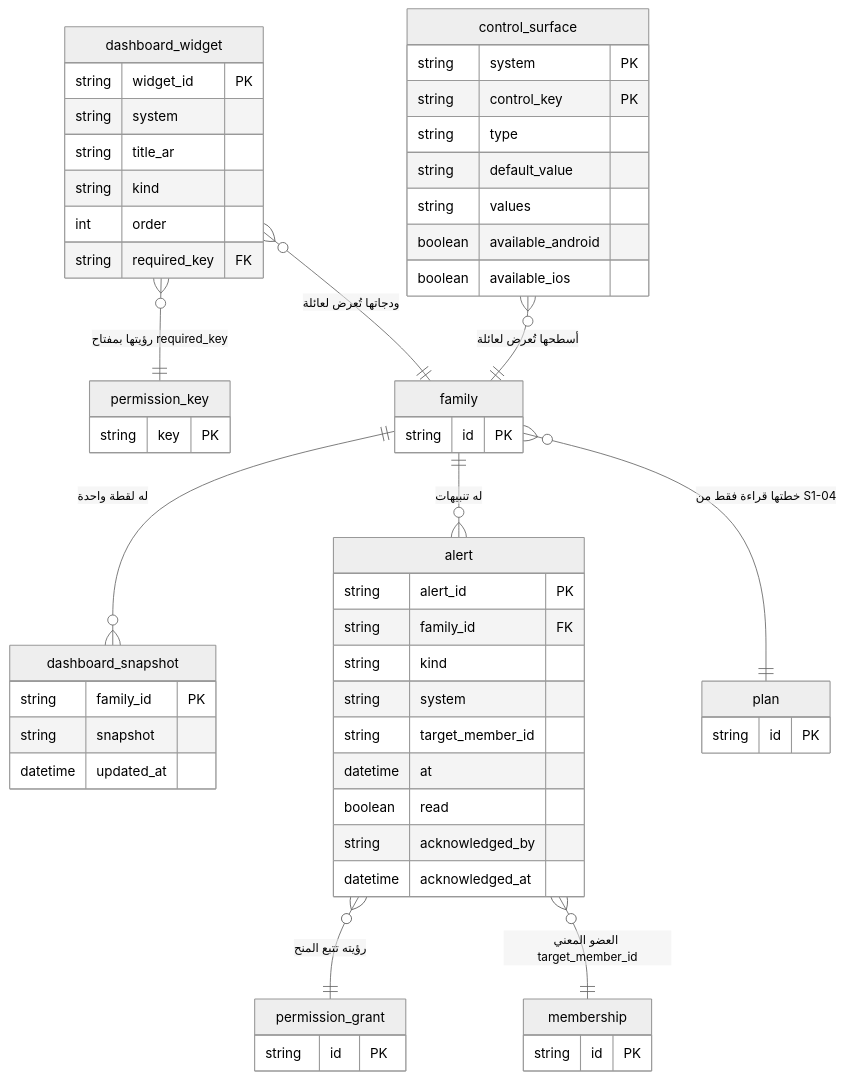
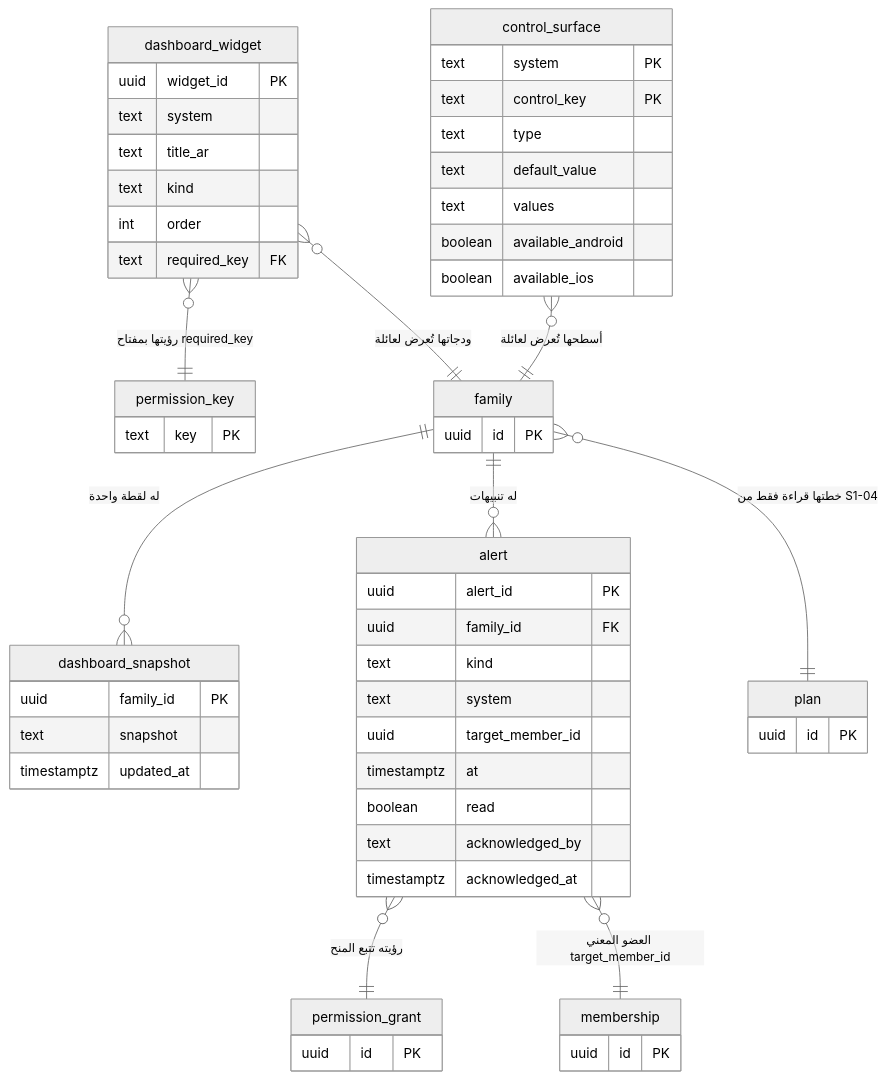
The second of 12 diagrams in docs/family-os/governance/phases/phase-1/S1-09-command-center-and-settings/DIAGRAMS.md (Bassam-mohammed-alqaeadi/family-os-v2), drawn with Mermaid (neutral theme) before and after one commit. The commit also changed 11 other files, not shown here.

Commit message:
Q-177: توحيد أنواع ERD (uuid/text/timestamptz) + ownership_transfer في ERD المعمارية

````diff
--- a/docs/family-os/governance/phases/phase-1/S1-09-command-center-and-settings/DIAGRAMS.md
+++ b/docs/family-os/governance/phases/phase-1/S1-09-command-center-and-settings/DIAGRAMS.md
@@ -99,60 +99,60 @@
 ```mermaid
 erDiagram
     family ||--o{ dashboard_snapshot : "له لقطة واحدة"
     family ||--o{ alert : "له تنبيهات"
     dashboard_widget }o--|| permission_key : "رؤيتها بمفتاح required_key"
     dashboard_widget }o--|| family : "ودجاتها تُعرض لعائلة"
     control_surface }o--|| family : "أسطحها تُعرض لعائلة"
     alert }o--|| permission_grant : "رؤيته تتبع المنح"
     alert }o--|| membership : "العضو المعني target_member_id"
     family }o--|| plan : "خطتها قراءة فقط من S1-04"
 
     dashboard_widget {
-        string widget_id PK
-        string system
-        string title_ar
-        string kind
+        uuid widget_id PK
+        text system
+        text title_ar
+        text kind
         int order
-        string required_key FK
+        text required_key FK
     }
     control_surface {
-        string system PK
-        string control_key PK
-        string type
-        string default_value
-        string values
+        text system PK
+        text control_key PK
+        text type
+        text default_value
+        text values
         boolean available_android
         boolean available_ios
     }
     dashboard_snapshot {
-        string family_id PK
-        string snapshot
-        datetime updated_at
+        uuid family_id PK
+        text snapshot
+        timestamptz updated_at
     }
     alert {
-        string alert_id PK
-        string family_id FK
-        string kind
-        string system
-        string target_member_id
-        datetime at
+        uuid alert_id PK
+        uuid family_id FK
+        text kind
+        text system
+        uuid target_member_id
+        timestamptz at
         boolean read
-        string acknowledged_by
-        datetime acknowledged_at
+        text acknowledged_by
+        timestamptz acknowledged_at
     }
     family {
-        string id PK
+        uuid id PK
     }
     permission_key {
-        string key PK
+        text key PK
     }
     permission_grant {
-        string id PK
+        uuid id PK
     }
     membership {
-        string id PK
+        uuid id PK
     }
     plan {
-        string id PK
+        uuid id PK
     }
 ```
````
